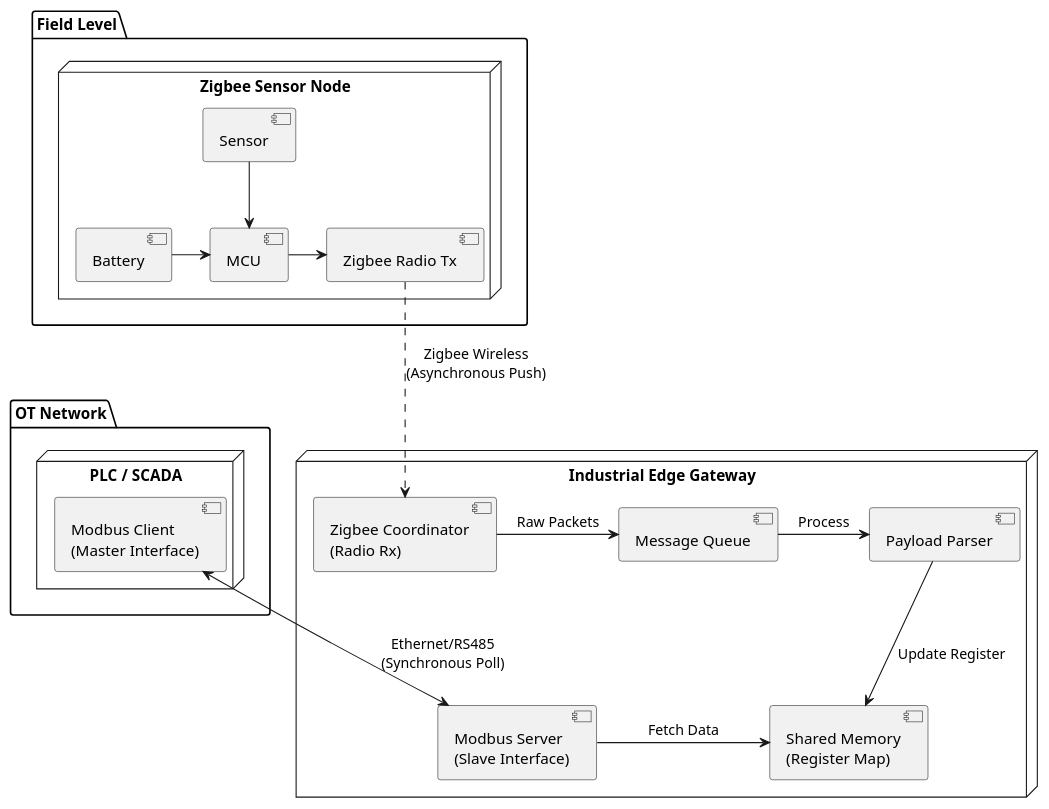
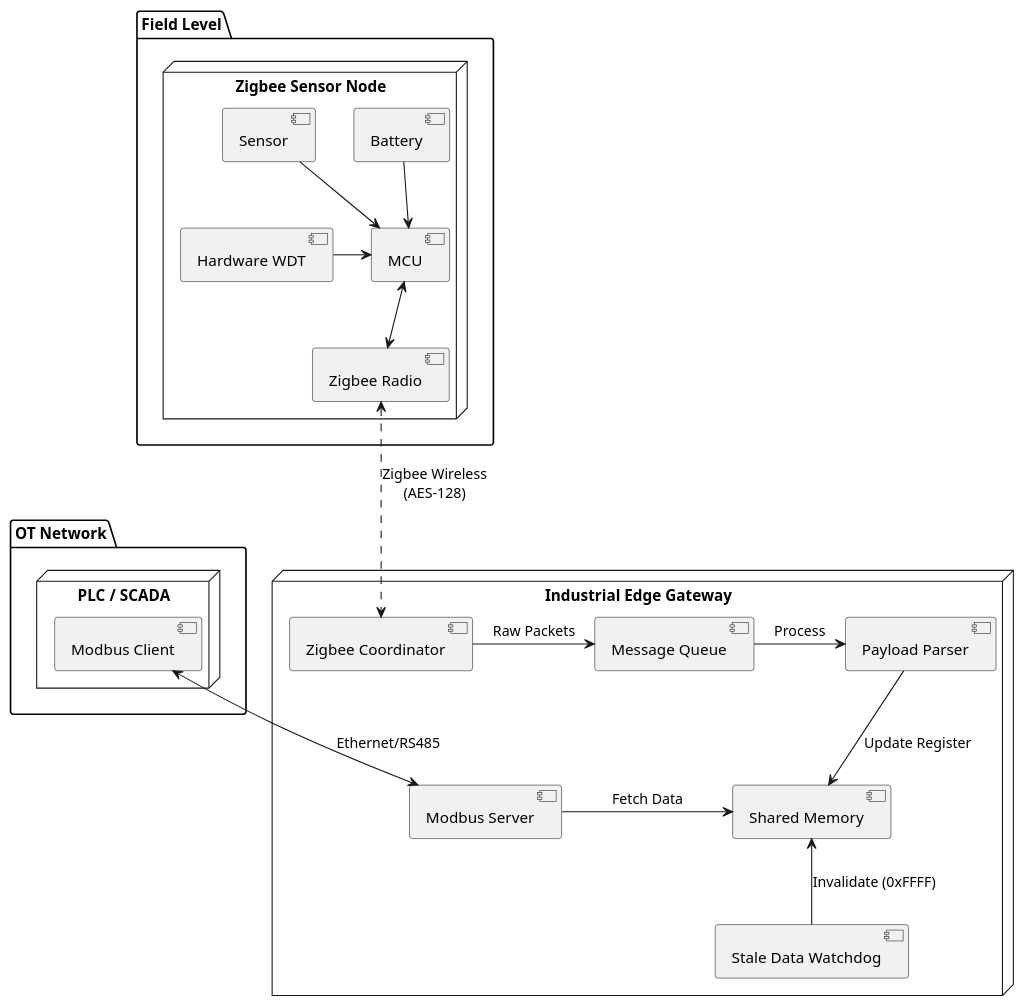
The diagram in Docs/Data_Seq.puml (George-IRR/ZigBee-Gateway_nRF52840-DK), drawn with PlantUML before and after one commit. The commit also changed 4 other files, not shown here.

```diff
--- a/Docs/Data_Seq.puml
+++ b/Docs/Data_Seq.puml
@@ -1,34 +1,36 @@
 @startuml
 skinparam componentStyle uml2
 
 package "Field Level" {
   node "Zigbee Sensor Node" {
-    [Battery] -right-> [MCU]
+    [Hardware WDT] -right-> [MCU]
+    [Battery] -down-> [MCU]
     [Sensor] -down-> [MCU]
-    [MCU] -right-> [Zigbee Radio Tx]
+    [MCU] <--> [Zigbee Radio]
   }
 }
 
 node "Industrial Edge Gateway" {
-  [Zigbee Coordinator\n(Radio Rx)] as ZBRx
+  [Zigbee Coordinator] as ZBRx
   [Message Queue] as MQ
   [Payload Parser] as Parser
-  [Shared Memory\n(Register Map)] as RegMap
-  [Modbus Server\n(Slave Interface)] as MBServer
+  [Stale Data Watchdog] as Timeout
+  [Shared Memory] as RegMap
+  [Modbus Server] as MBServer
   
   ZBRx -right-> MQ : Raw Packets
   MQ -right-> Parser : Process
   Parser -down-> RegMap : Update Register
+  Timeout -up-> RegMap : Invalidate (0xFFFF)
   RegMap <-right- MBServer : Fetch Data
 }
 
 package "OT Network" {
   node "PLC / SCADA" {
-    [Modbus Client\n(Master Interface)] as MBClient
+    [Modbus Client] as MBClient
   }
 }
 
-[Zigbee Radio Tx] ..> ZBRx : Zigbee Wireless\n(Asynchronous Push)
-MBClient <--> MBServer : Ethernet/RS485\n(Synchronous Poll)
-
+[Zigbee Radio] <..> ZBRx : Zigbee Wireless\n(AES-128)
+MBClient <--> MBServer : Ethernet/RS485
 @enduml
```
